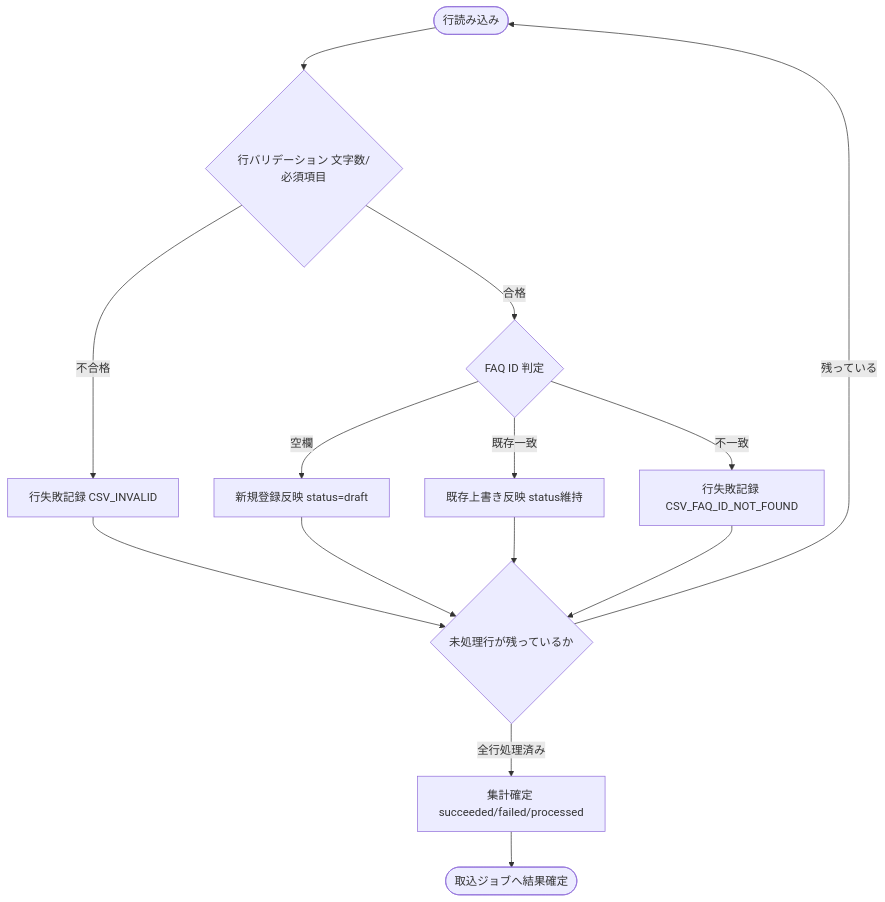
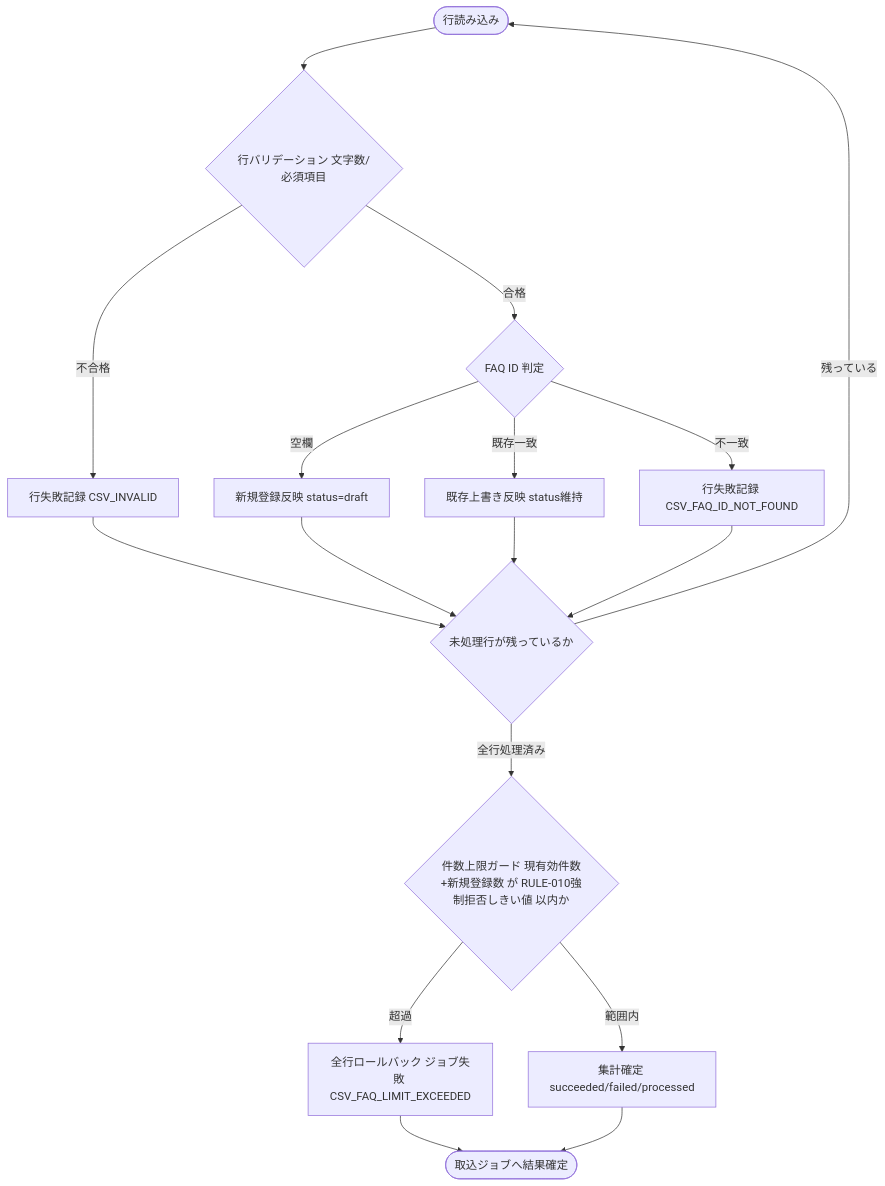
One commit to sikakou54/open-faq changed the diagram in 03_detail_design/04_ipo/IPO-015.md. Above: the diagram before and after it, drawn with Mermaid. The commit also changed other lines of this file and 55 other files, not shown here.

````diff
--- a/03_detail_design/04_ipo/IPO-015.md
+++ b/03_detail_design/04_ipo/IPO-015.md
@@ -65,16 +69,19 @@
 ```mermaid
 flowchart TB
   S([行読み込み]) --> V{"行バリデーション 文字数/必須項目"}
   V -- 不合格 --> F1[行失敗記録 CSV_INVALID]
   V -- 合格 --> J{"FAQ ID 判定"}
   J -- 空欄 --> N[新規登録反映 status=draft]
   J -- 既存一致 --> W[既存上書き反映 status維持]
   J -- 不一致 --> F2[行失敗記録 CSV_FAQ_ID_NOT_FOUND]
   N --> R{"未処理行が残っているか"}
   W --> R
   F1 --> R
   F2 --> R
   R -- 残っている --> S
-  R -- 全行処理済み --> C[集計確定 succeeded/failed/processed]
-  C --> E([取込ジョブへ結果確定])
+  R -- 全行処理済み --> G{"件数上限ガード 現有効件数+新規登録数 が RULE-010強制拒否しきい値 以内か"}
+  G -- 超過 --> RB[全行ロールバック ジョブ失敗 CSV_FAQ_LIMIT_EXCEEDED]
+  G -- 範囲内 --> C[集計確定 succeeded/failed/processed]
+  RB --> E([取込ジョブへ結果確定])
+  C --> E
 ```
````
